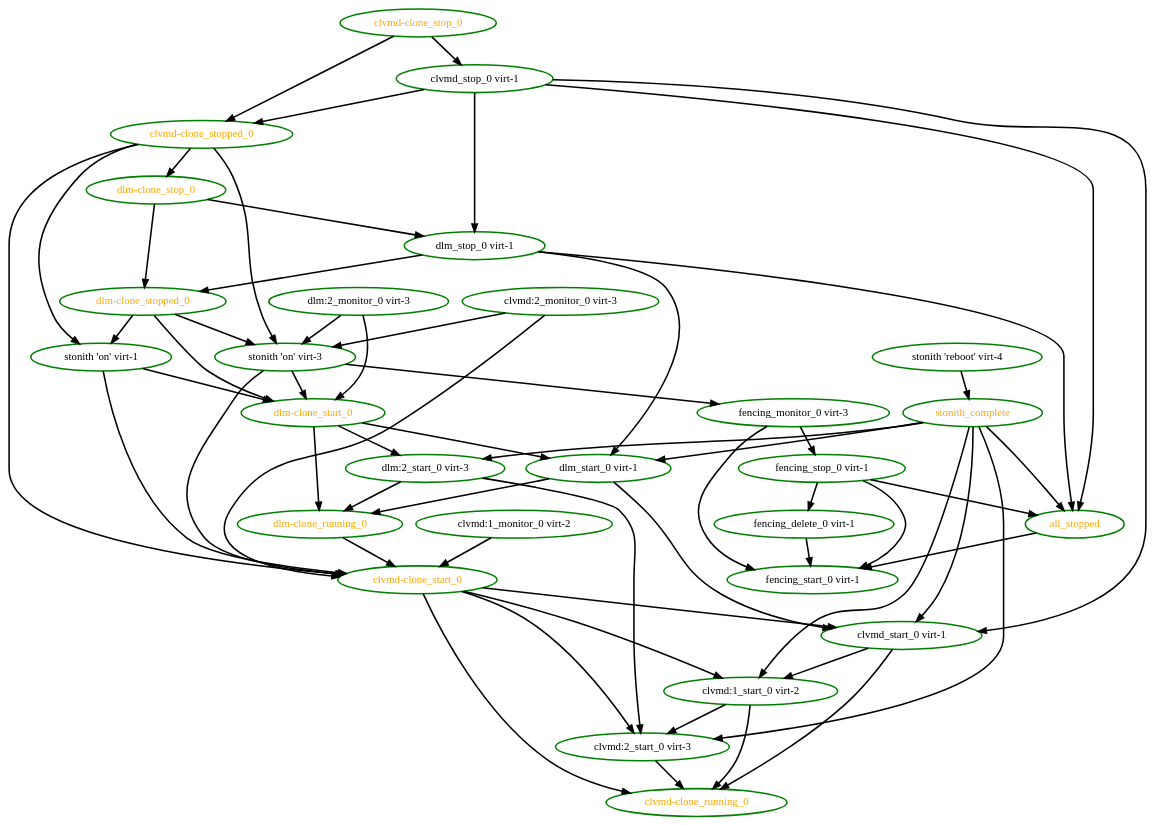
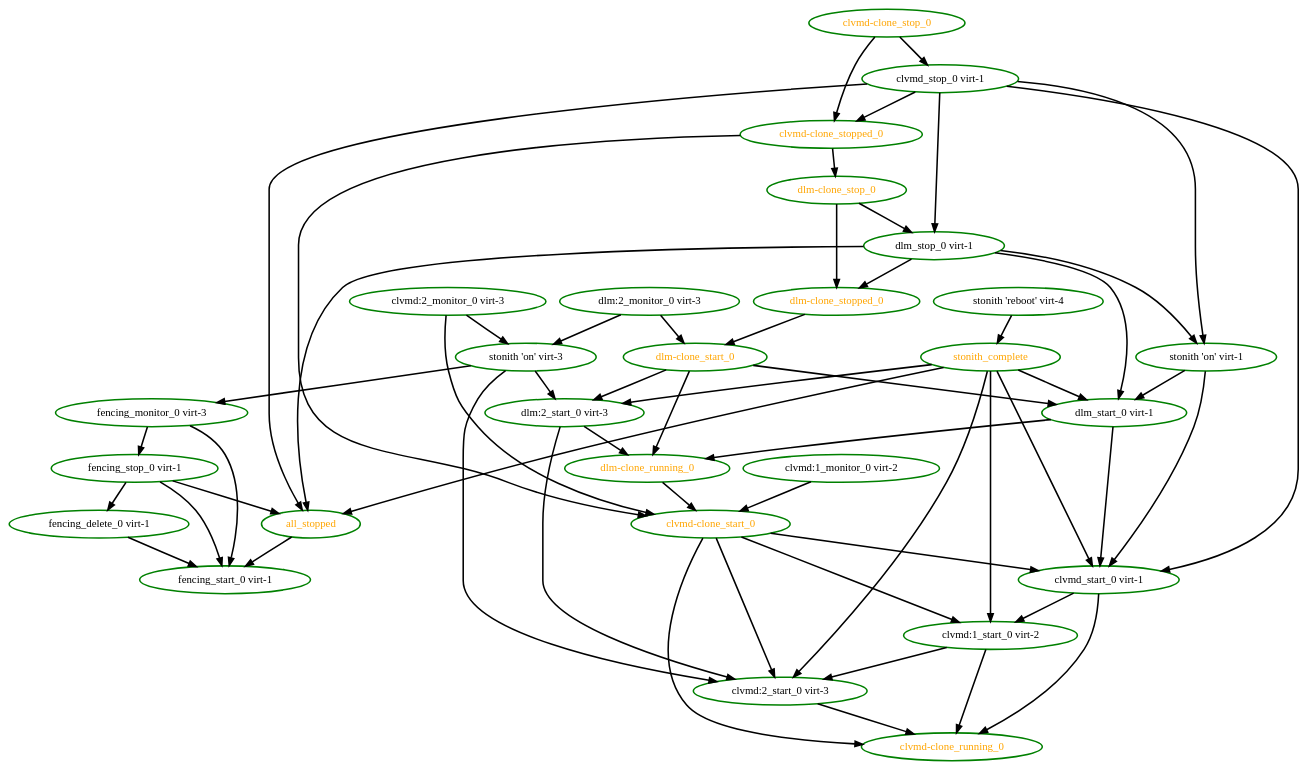
The diagram in pengine/test10/unfence-definition.dot (ClusterLabs/pacemaker), drawn with Graphviz before and after one commit. The commit also changed 8 other files, not shown here.

```diff
--- a/pengine/test10/unfence-definition.dot
+++ b/pengine/test10/unfence-definition.dot
@@ -1,88 +1,86 @@
 digraph "g" {
 "all_stopped" -> "fencing_start_0 virt-1" [ style = bold]
 "all_stopped" [ style=bold color="green" fontcolor="orange"]
 "clvmd-clone_running_0" [ style=bold color="green" fontcolor="orange"]
 "clvmd-clone_start_0" -> "clvmd-clone_running_0" [ style = bold]
 "clvmd-clone_start_0" -> "clvmd:1_start_0 virt-2" [ style = bold]
 "clvmd-clone_start_0" -> "clvmd:2_start_0 virt-3" [ style = bold]
 "clvmd-clone_start_0" -> "clvmd_start_0 virt-1" [ style = bold]
 "clvmd-clone_start_0" [ style=bold color="green" fontcolor="orange"]
 "clvmd-clone_stop_0" -> "clvmd-clone_stopped_0" [ style = bold]
 "clvmd-clone_stop_0" -> "clvmd_stop_0 virt-1" [ style = bold]
 "clvmd-clone_stop_0" [ style=bold color="green" fontcolor="orange"]
 "clvmd-clone_stopped_0" -> "clvmd-clone_start_0" [ style = bold]
 "clvmd-clone_stopped_0" -> "dlm-clone_stop_0" [ style = bold]
-"clvmd-clone_stopped_0" -> "stonith 'on' virt-1" [ style = bold]
-"clvmd-clone_stopped_0" -> "stonith 'on' virt-3" [ style = bold]
 "clvmd-clone_stopped_0" [ style=bold color="green" fontcolor="orange"]
 "clvmd:1_monitor_0 virt-2" -> "clvmd-clone_start_0" [ style = bold]
 "clvmd:1_monitor_0 virt-2" [ style=bold color="green" fontcolor="black"]
 "clvmd:1_start_0 virt-2" -> "clvmd-clone_running_0" [ style = bold]
 "clvmd:1_start_0 virt-2" -> "clvmd:2_start_0 virt-3" [ style = bold]
 "clvmd:1_start_0 virt-2" [ style=bold color="green" fontcolor="black"]
 "clvmd:2_monitor_0 virt-3" -> "clvmd-clone_start_0" [ style = bold]
 "clvmd:2_monitor_0 virt-3" -> "stonith 'on' virt-3" [ style = bold]
 "clvmd:2_monitor_0 virt-3" [ style=bold color="green" fontcolor="black"]
 "clvmd:2_start_0 virt-3" -> "clvmd-clone_running_0" [ style = bold]
 "clvmd:2_start_0 virt-3" [ style=bold color="green" fontcolor="black"]
 "clvmd_start_0 virt-1" -> "clvmd-clone_running_0" [ style = bold]
 "clvmd_start_0 virt-1" -> "clvmd:1_start_0 virt-2" [ style = bold]
 "clvmd_start_0 virt-1" [ style=bold color="green" fontcolor="black"]
 "clvmd_stop_0 virt-1" -> "all_stopped" [ style = bold]
 "clvmd_stop_0 virt-1" -> "clvmd-clone_stopped_0" [ style = bold]
 "clvmd_stop_0 virt-1" -> "clvmd_start_0 virt-1" [ style = bold]
 "clvmd_stop_0 virt-1" -> "dlm_stop_0 virt-1" [ style = bold]
+"clvmd_stop_0 virt-1" -> "stonith 'on' virt-1" [ style = bold]
 "clvmd_stop_0 virt-1" [ style=bold color="green" fontcolor="black"]
 "dlm-clone_running_0" -> "clvmd-clone_start_0" [ style = bold]
 "dlm-clone_running_0" [ style=bold color="green" fontcolor="orange"]
 "dlm-clone_start_0" -> "dlm-clone_running_0" [ style = bold]
 "dlm-clone_start_0" -> "dlm:2_start_0 virt-3" [ style = bold]
 "dlm-clone_start_0" -> "dlm_start_0 virt-1" [ style = bold]
 "dlm-clone_start_0" [ style=bold color="green" fontcolor="orange"]
 "dlm-clone_stop_0" -> "dlm-clone_stopped_0" [ style = bold]
 "dlm-clone_stop_0" -> "dlm_stop_0 virt-1" [ style = bold]
 "dlm-clone_stop_0" [ style=bold color="green" fontcolor="orange"]
 "dlm-clone_stopped_0" -> "dlm-clone_start_0" [ style = bold]
-"dlm-clone_stopped_0" -> "stonith 'on' virt-1" [ style = bold]
-"dlm-clone_stopped_0" -> "stonith 'on' virt-3" [ style = bold]
 "dlm-clone_stopped_0" [ style=bold color="green" fontcolor="orange"]
 "dlm:2_monitor_0 virt-3" -> "dlm-clone_start_0" [ style = bold]
 "dlm:2_monitor_0 virt-3" -> "stonith 'on' virt-3" [ style = bold]
 "dlm:2_monitor_0 virt-3" [ style=bold color="green" fontcolor="black"]
 "dlm:2_start_0 virt-3" -> "clvmd:2_start_0 virt-3" [ style = bold]
 "dlm:2_start_0 virt-3" -> "dlm-clone_running_0" [ style = bold]
 "dlm:2_start_0 virt-3" [ style=bold color="green" fontcolor="black"]
 "dlm_start_0 virt-1" -> "clvmd_start_0 virt-1" [ style = bold]
 "dlm_start_0 virt-1" -> "dlm-clone_running_0" [ style = bold]
 "dlm_start_0 virt-1" [ style=bold color="green" fontcolor="black"]
 "dlm_stop_0 virt-1" -> "all_stopped" [ style = bold]
 "dlm_stop_0 virt-1" -> "dlm-clone_stopped_0" [ style = bold]
 "dlm_stop_0 virt-1" -> "dlm_start_0 virt-1" [ style = bold]
+"dlm_stop_0 virt-1" -> "stonith 'on' virt-1" [ style = bold]
 "dlm_stop_0 virt-1" [ style=bold color="green" fontcolor="black"]
 "fencing_delete_0 virt-1" -> "fencing_start_0 virt-1" [ style = bold]
 "fencing_delete_0 virt-1" [ style=bold color="green" fontcolor="black"]
 "fencing_monitor_0 virt-3" -> "fencing_start_0 virt-1" [ style = bold]
 "fencing_monitor_0 virt-3" -> "fencing_stop_0 virt-1" [ style = bold]
 "fencing_monitor_0 virt-3" [ style=bold color="green" fontcolor="black"]
 "fencing_start_0 virt-1" [ style=bold color="green" fontcolor="black"]
 "fencing_stop_0 virt-1" -> "all_stopped" [ style = bold]
 "fencing_stop_0 virt-1" -> "fencing_delete_0 virt-1" [ style = bold]
 "fencing_stop_0 virt-1" -> "fencing_start_0 virt-1" [ style = bold]
 "fencing_stop_0 virt-1" [ style=bold color="green" fontcolor="black"]
-"stonith 'on' virt-1" -> "clvmd-clone_start_0" [ style = bold]
-"stonith 'on' virt-1" -> "dlm-clone_start_0" [ style = bold]
+"stonith 'on' virt-1" -> "clvmd_start_0 virt-1" [ style = bold]
+"stonith 'on' virt-1" -> "dlm_start_0 virt-1" [ style = bold]
 "stonith 'on' virt-1" [ style=bold color="green" fontcolor="black"]
-"stonith 'on' virt-3" -> "clvmd-clone_start_0" [ style = bold]
-"stonith 'on' virt-3" -> "dlm-clone_start_0" [ style = bold]
+"stonith 'on' virt-3" -> "clvmd:2_start_0 virt-3" [ style = bold]
+"stonith 'on' virt-3" -> "dlm:2_start_0 virt-3" [ style = bold]
 "stonith 'on' virt-3" -> "fencing_monitor_0 virt-3" [ style = bold]
 "stonith 'on' virt-3" [ style=bold color="green" fontcolor="black"]
 "stonith 'reboot' virt-4" -> "stonith_complete" [ style = bold]
 "stonith 'reboot' virt-4" [ style=bold color="green" fontcolor="black"]
 "stonith_complete" -> "all_stopped" [ style = bold]
 "stonith_complete" -> "clvmd:1_start_0 virt-2" [ style = bold]
 "stonith_complete" -> "clvmd:2_start_0 virt-3" [ style = bold]
 "stonith_complete" -> "clvmd_start_0 virt-1" [ style = bold]
 "stonith_complete" -> "dlm:2_start_0 virt-3" [ style = bold]
 "stonith_complete" -> "dlm_start_0 virt-1" [ style = bold]
 "stonith_complete" [ style=bold color="green" fontcolor="orange"]
 }
```
